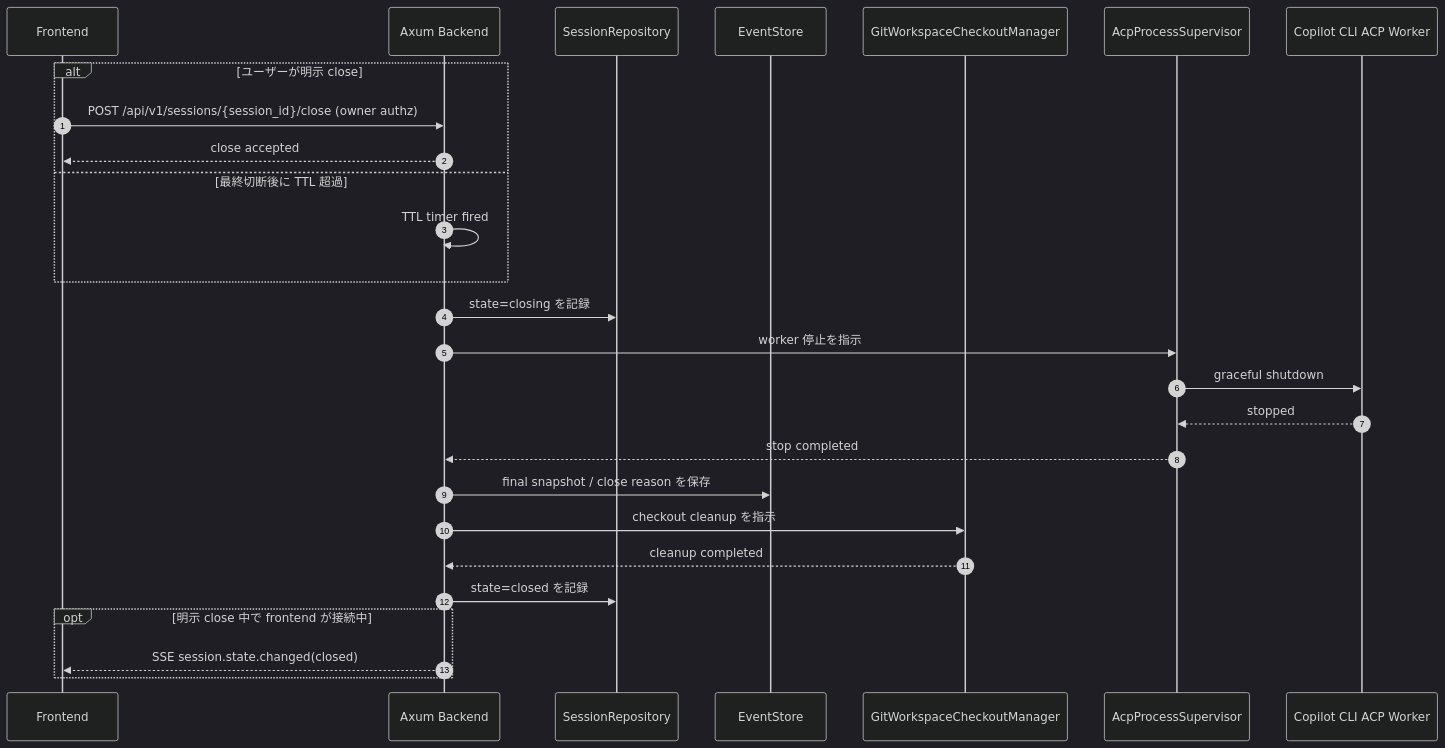
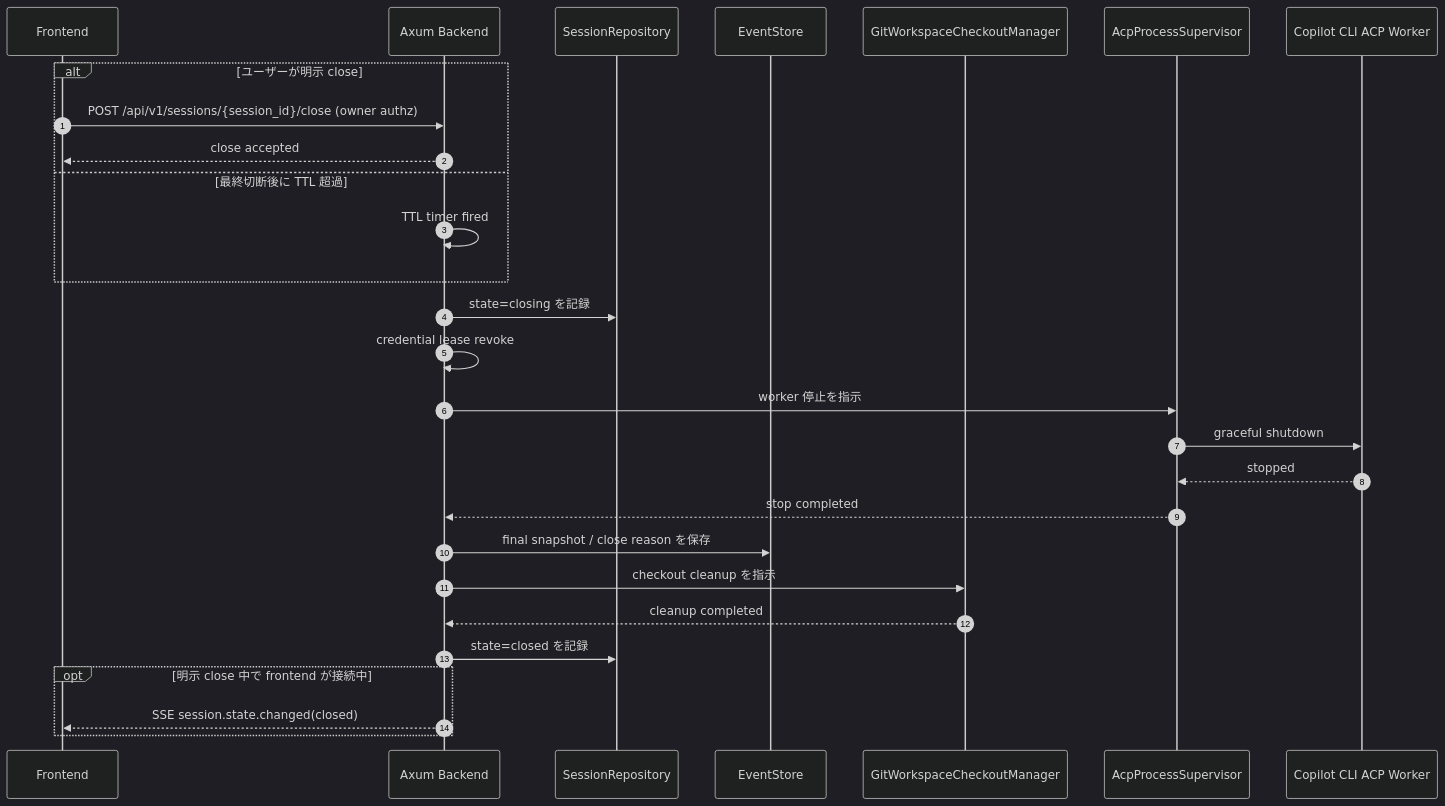
Before and after one commit to chalharu/acp-orchestrator: the tenth of 12 diagrams in docs/explanation/acp-web-cli-architecture.md, drawn with Mermaid (dark theme). The commit also changed other lines of this file and 1 other file, not shown here.

Commit message:
docs(architecture): refine workspace session design

````diff
--- a/docs/explanation/acp-web-cli-architecture.md
+++ b/docs/explanation/acp-web-cli-architecture.md
@@ -581,32 +587,33 @@
 ```mermaid
 sequenceDiagram
     autonumber
     participant Frontend as Frontend
     participant Backend as Axum Backend
     participant SessionRepo as SessionRepository
     participant EventStore as EventStore
     participant Checkout as GitWorkspaceCheckoutManager
     participant Supervisor as AcpProcessSupervisor
     participant Worker as Copilot CLI ACP Worker
 
     alt ユーザーが明示 close
         Frontend->>Backend: POST /api/v1/sessions/{session_id}/close (owner authz)
         Backend-->>Frontend: close accepted
     else 最終切断後に TTL 超過
         Backend->>Backend: TTL timer fired
     end
 
     Backend->>SessionRepo: state=closing を記録
+    Backend->>Backend: credential lease revoke
     Backend->>Supervisor: worker 停止を指示
     Supervisor->>Worker: graceful shutdown
     Worker-->>Supervisor: stopped
     Supervisor-->>Backend: stop completed
     Backend->>EventStore: final snapshot / close reason を保存
     Backend->>Checkout: checkout cleanup を指示
     Checkout-->>Backend: cleanup completed
     Backend->>SessionRepo: state=closed を記録
 
     opt 明示 close 中で frontend が接続中
         Backend-->>Frontend: SSE session.state.changed(closed)
     end
 ```
````
